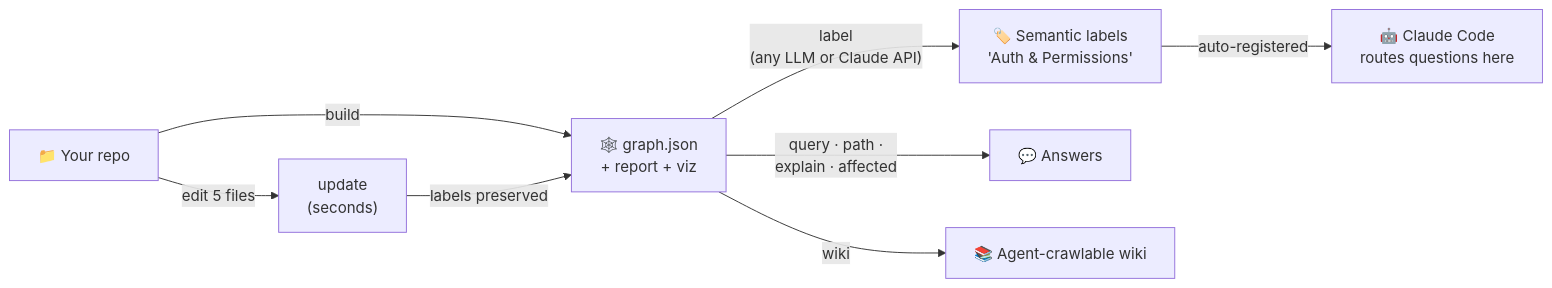
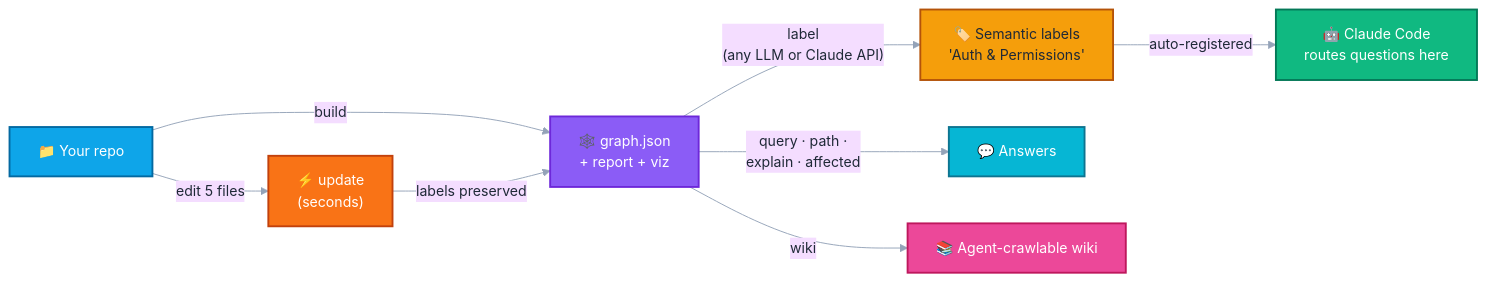
The first of 2 diagrams in README.md (Quantum-vik/graphify-build), drawn with Mermaid before and after one commit. The commit also changed other lines of this file, not shown here.

First line of the commit message:
README: vibrant color styling for mermaid diagrams

````diff
--- a/README.md
+++ b/README.md
@@ -51,10 +51,26 @@
 ```mermaid
+%%{init: {'theme': 'base', 'themeVariables': {'lineColor': '#94a3b8', 'fontSize': '15px'}}}%%
 flowchart LR
     A["📁 Your repo"] -->|"build"| B["🕸️ graph.json<br/>+ report + viz"]
     B -->|"label<br/>(any LLM or Claude API)"| C["🏷️ Semantic labels<br/>'Auth &amp; Permissions'"]
     C -->|"auto-registered"| D["🤖 Claude Code<br/>routes questions here"]
-    A -->|"edit 5 files"| E["update<br/>(seconds)"]
+    A -->|"edit 5 files"| E["⚡ update<br/>(seconds)"]
     E -->|"labels preserved"| B
     B -->|"query · path ·<br/>explain · affected"| F["💬 Answers"]
     B -->|"wiki"| G["📚 Agent-crawlable wiki"]
+
+    classDef repo   fill:#0ea5e9,stroke:#0369a1,color:#ffffff,stroke-width:2px
+    classDef graphn fill:#8b5cf6,stroke:#6d28d9,color:#ffffff,stroke-width:2px
+    classDef label  fill:#f59e0b,stroke:#b45309,color:#1f2937,stroke-width:2px
+    classDef claude fill:#10b981,stroke:#047857,color:#ffffff,stroke-width:2px
+    classDef upd    fill:#f97316,stroke:#c2410c,color:#ffffff,stroke-width:2px
+    classDef ans    fill:#06b6d4,stroke:#0e7490,color:#ffffff,stroke-width:2px
+    classDef wiki   fill:#ec4899,stroke:#be185d,color:#ffffff,stroke-width:2px
+    class A repo
+    class B graphn
+    class C label
+    class D claude
+    class E upd
+    class F ans
+    class G wiki
 ```
````
